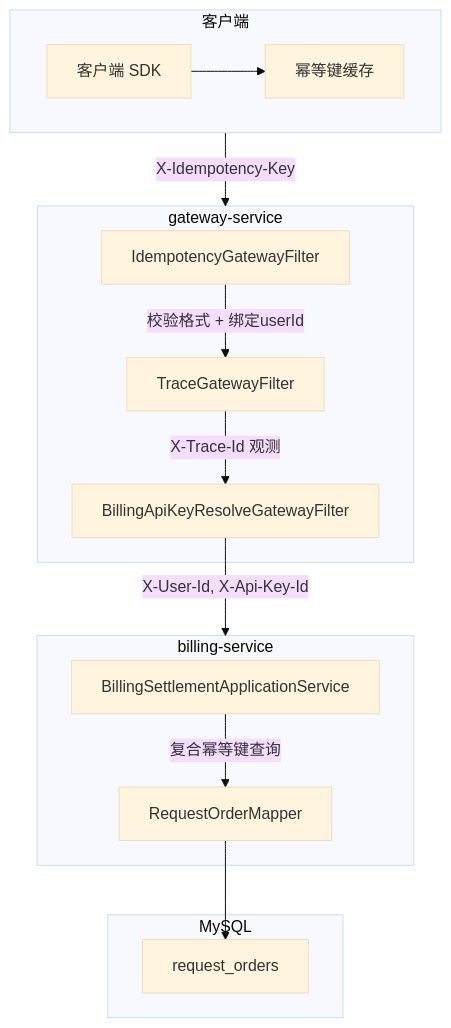
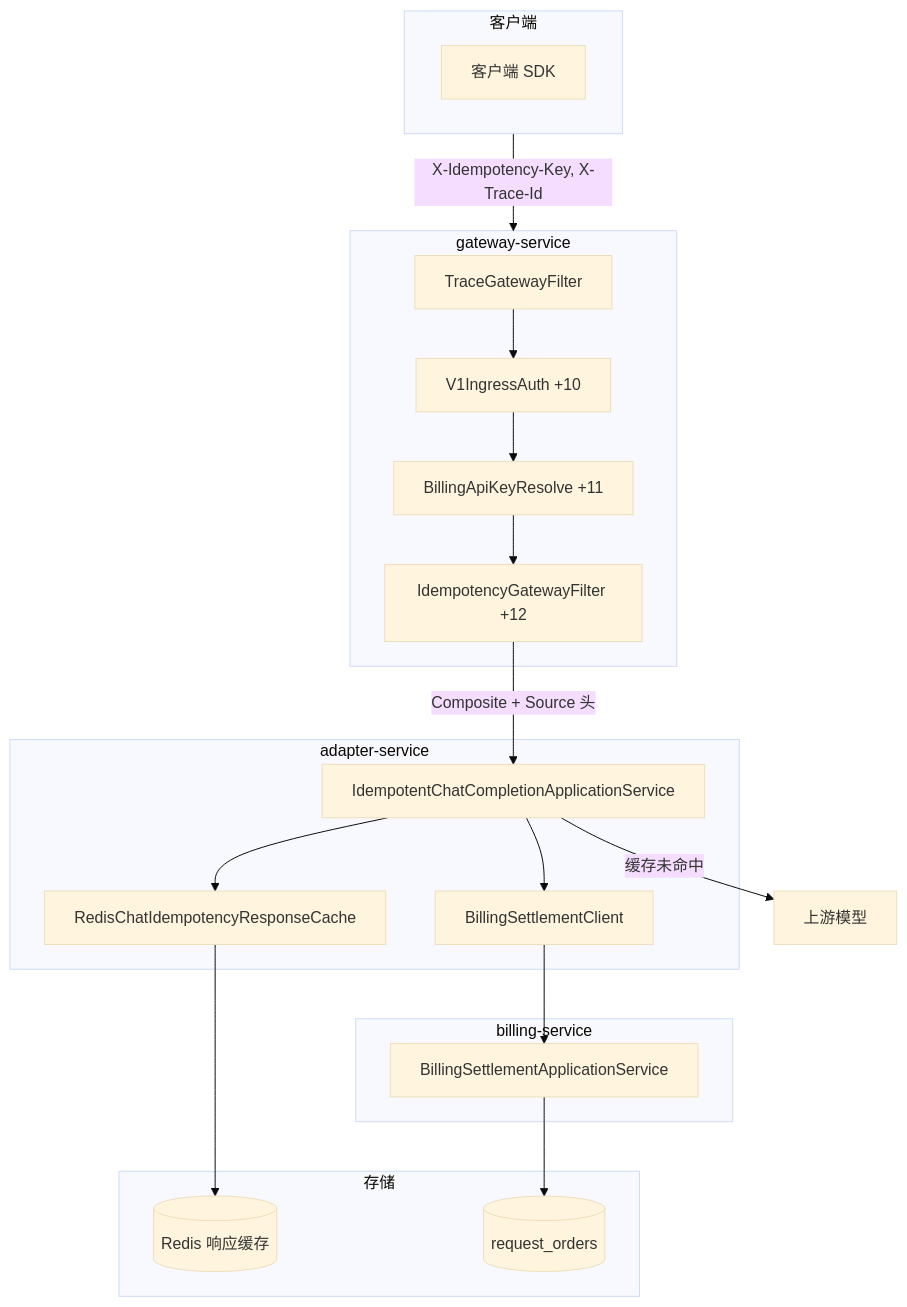
One commit to chinasongsong/token-charge-system changed the first of 4 diagrams in docs/TDD/O-10-客户端幂等键设计.md. Above: the diagram before and after it, drawn with Mermaid (base theme). The commit also changed other lines of this file and 3 other files, not shown here.

````diff
--- a/docs/TDD/O-10-客户端幂等键设计.md
+++ b/docs/TDD/O-10-客户端幂等键设计.md
@@ -76,30 +83,38 @@
 ```mermaid
 flowchart TB
     subgraph Client[客户端]
         SDK[客户端 SDK]
-        Cache[幂等键缓存]
     end
-    
+
     subgraph Gateway[gateway-service]
-        F1[IdempotencyGatewayFilter]
-        F2[TraceGatewayFilter]
-        F3[BillingApiKeyResolveGatewayFilter]
+        F0[TraceGatewayFilter]
+        F1[V1IngressAuth +10]
+        F2[BillingApiKeyResolve +11]
+        F3[IdempotencyGatewayFilter +12]
     end
-    
+
+    subgraph Adapter[adapter-service]
+        ORCH[IdempotentChatCompletionApplicationService]
+        RC[RedisChatIdempotencyResponseCache]
+        SET[BillingSettlementClient]
+    end
+
     subgraph Billing[billing-service]
         S[BillingSettlementApplicationService]
-        M[RequestOrderMapper]
     end
-    
-    subgraph DB[MySQL]
-        T[request_orders]
+
+    subgraph Store[存储]
+        Redis[(Redis 响应缓存)]
+        MySQL[(request_orders)]
     end
-    
-    Client -->|X-Idempotency-Key| Gateway
-    SDK --> Cache
-    F1 -->|校验格式 + 绑定userId| F2
-    F2 -->|X-Trace-Id 观测| F3
-    F3 -->|X-User-Id, X-Api-Key-Id| Billing
-    S -->|复合幂等键查询| M
-    M --> T
+
+    Client -->|X-Idempotency-Key, X-Trace-Id| Gateway
+    F0 --> F1 --> F2 --> F3
+    F3 -->|Composite + Source 头| ORCH
+    ORCH --> RC
+    RC --> Redis
+    ORCH -->|缓存未命中| UP[上游模型]
+    ORCH --> SET
+    SET --> S
+    S --> MySQL
 ```
````
